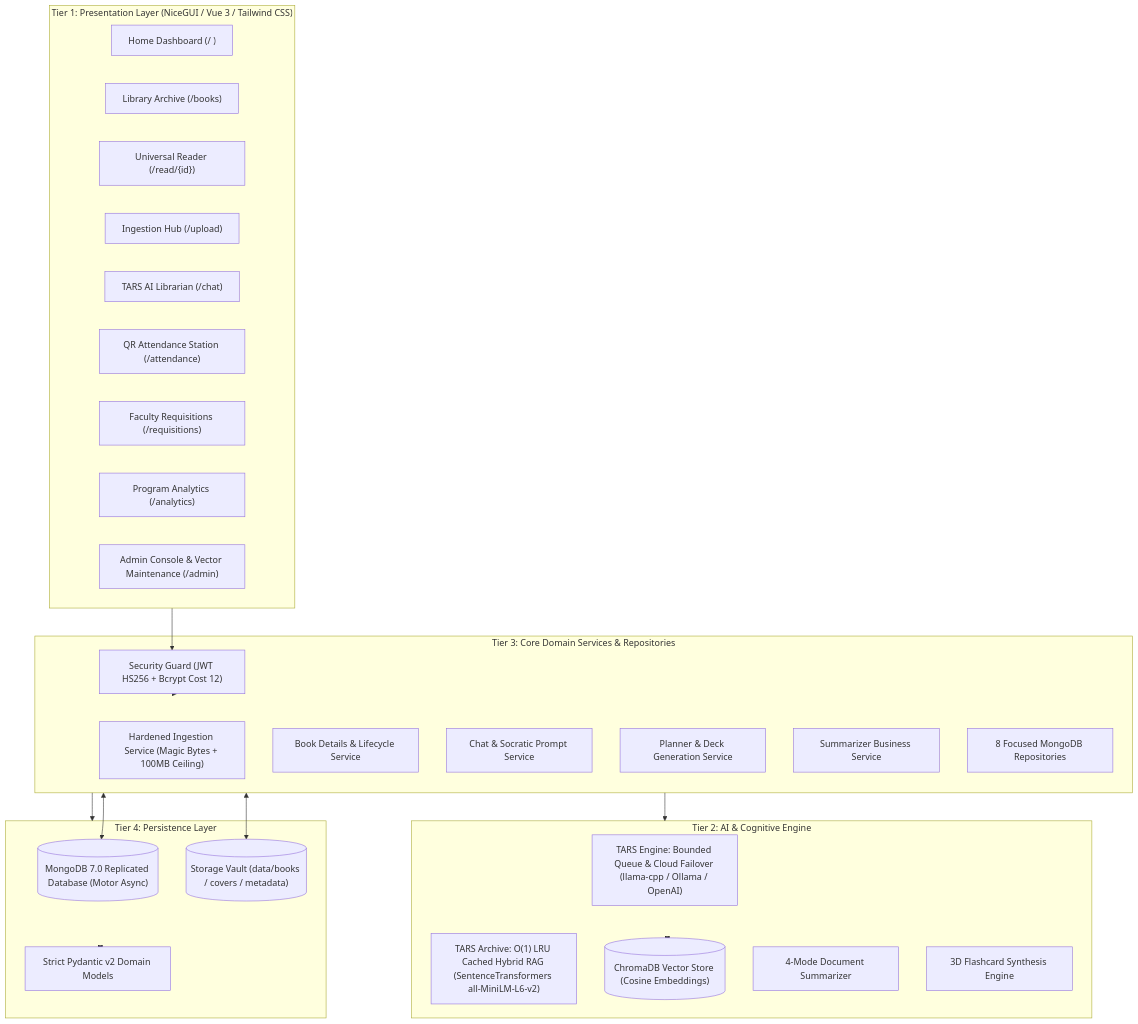
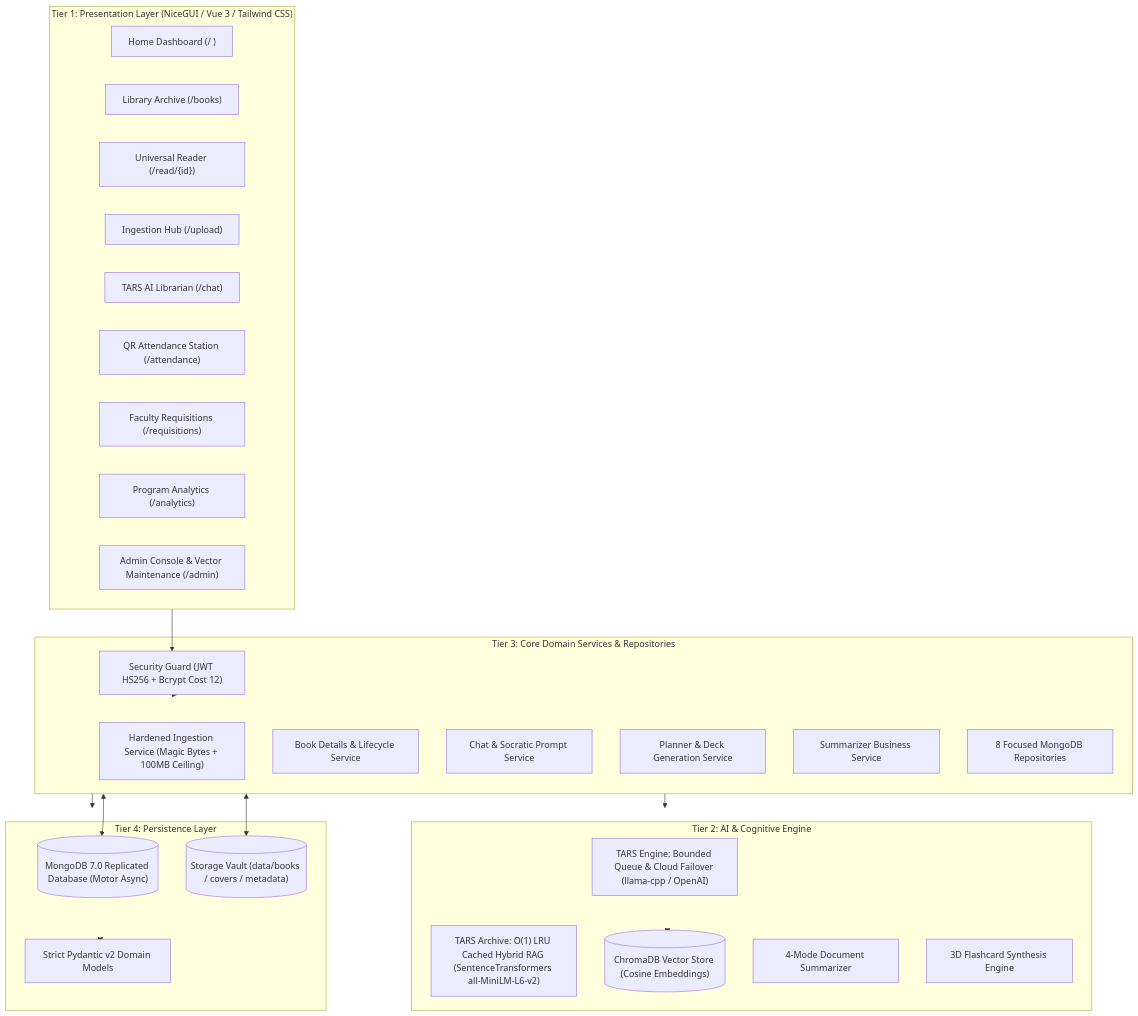
The diagram in README.md (K1ezy/Kieser-s-Libre-Library), drawn with Mermaid before and after one commit. The commit also changed other lines of this file and 14 other files, not shown here.

````diff
--- a/README.md
+++ b/README.md
@@ -82,47 +82,47 @@
 ```mermaid
 graph TD
     subgraph Presentation["Tier 1: Presentation Layer (NiceGUI / Vue 3 / Tailwind CSS)"]
         UI_Home["Home Dashboard (/ )"]
         UI_Library["Library Archive (/books)"]
         UI_Reader["Universal Reader (/read/{id})"]
         UI_Ingest["Ingestion Hub (/upload)"]
         UI_Chat["TARS AI Librarian (/chat)"]
         UI_Attendance["QR Attendance Station (/attendance)"]
         UI_Requisitions["Faculty Requisitions (/requisitions)"]
         UI_Analytics["Program Analytics (/analytics)"]
         UI_Admin["Admin Console & Vector Maintenance (/admin)"]
     end
 
     subgraph Intelligence["Tier 2: AI & Cognitive Engine"]
-        LLM["TARS Engine: Bounded Queue & Cloud Failover (llama-cpp / Ollama / OpenAI)"]
+        LLM["TARS Engine: Bounded Queue & Cloud Failover (llama-cpp / OpenAI)"]
         RAG["TARS Archive: O(1) LRU Cached Hybrid RAG (SentenceTransformers all-MiniLM-L6-v2)"]
         VectorDB[("ChromaDB Vector Store (Cosine Embeddings)")]
         Summarizer["4-Mode Document Summarizer"]
         Flashcards["3D Flashcard Synthesis Engine"]
     end
 
     subgraph Business["Tier 3: Core Domain Services & Repositories"]
         AuthService["Security Guard (JWT HS256 + Bcrypt Cost 12)"]
         IngestService["Hardened Ingestion Service (Magic Bytes + 100MB Ceiling)"]
         BookDetailsService["Book Details & Lifecycle Service"]
         ChatService["Chat & Socratic Prompt Service"]
         PlannerService["Planner & Deck Generation Service"]
         SummarizerService["Summarizer Business Service"]
         DomainRepos["8 Focused MongoDB Repositories"]
     end
 
     subgraph Persistence["Tier 4: Persistence Layer"]
         MongoDB[("MongoDB 7.0 Replicated Database (Motor Async)")]
         DocStore[("Storage Vault (data/books / covers / metadata)")]
         PydanticSchemas["Strict Pydantic v2 Domain Models"]
     end
 
     Presentation --> AuthService
     AuthService --> Business
     Business --> Intelligence
     Business --> Persistence
     Intelligence <--> VectorDB
     Business <--> MongoDB
     Business <--> DocStore
     Persistence <--> PydanticSchemas
 ```
````
